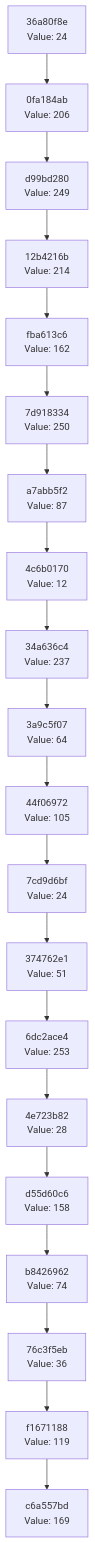
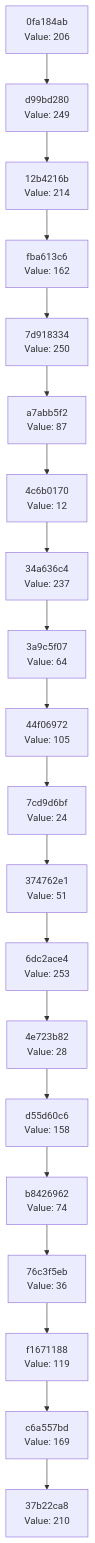
The diagram in docs/CHAIN_VISUALIZATION.md (Abhisheksinha1506/hash-chain-evolver), drawn with Mermaid before and after one commit. The commit also changed 3 other files, not shown here.

````diff
--- a/docs/CHAIN_VISUALIZATION.md
+++ b/docs/CHAIN_VISUALIZATION.md
@@ -3,42 +3,42 @@
 ```mermaid
 graph TD
-    C0["c6a557bd<br/>Value: 169"]
-    C1["f1671188<br/>Value: 119"]
+    C0["37b22ca8<br/>Value: 210"]
+    C1["c6a557bd<br/>Value: 169"]
     C1 --> C0
-    C2["76c3f5eb<br/>Value: 36"]
+    C2["f1671188<br/>Value: 119"]
     C2 --> C1
-    C3["b8426962<br/>Value: 74"]
+    C3["76c3f5eb<br/>Value: 36"]
     C3 --> C2
-    C4["d55d60c6<br/>Value: 158"]
+    C4["b8426962<br/>Value: 74"]
     C4 --> C3
-    C5["4e723b82<br/>Value: 28"]
+    C5["d55d60c6<br/>Value: 158"]
     C5 --> C4
-    C6["6dc2ace4<br/>Value: 253"]
+    C6["4e723b82<br/>Value: 28"]
     C6 --> C5
-    C7["374762e1<br/>Value: 51"]
+    C7["6dc2ace4<br/>Value: 253"]
     C7 --> C6
-    C8["7cd9d6bf<br/>Value: 24"]
+    C8["374762e1<br/>Value: 51"]
     C8 --> C7
-    C9["44f06972<br/>Value: 105"]
+    C9["7cd9d6bf<br/>Value: 24"]
     C9 --> C8
-    C10["3a9c5f07<br/>Value: 64"]
+    C10["44f06972<br/>Value: 105"]
     C10 --> C9
-    C11["34a636c4<br/>Value: 237"]
+    C11["3a9c5f07<br/>Value: 64"]
     C11 --> C10
-    C12["4c6b0170<br/>Value: 12"]
+    C12["34a636c4<br/>Value: 237"]
     C12 --> C11
-    C13["a7abb5f2<br/>Value: 87"]
+    C13["4c6b0170<br/>Value: 12"]
     C13 --> C12
-    C14["7d918334<br/>Value: 250"]
+    C14["a7abb5f2<br/>Value: 87"]
     C14 --> C13
-    C15["fba613c6<br/>Value: 162"]
+    C15["7d918334<br/>Value: 250"]
     C15 --> C14
-    C16["12b4216b<br/>Value: 214"]
+    C16["fba613c6<br/>Value: 162"]
     C16 --> C15
-    C17["d99bd280<br/>Value: 249"]
+    C17["12b4216b<br/>Value: 214"]
     C17 --> C16
-    C18["0fa184ab<br/>Value: 206"]
+    C18["d99bd280<br/>Value: 249"]
     C18 --> C17
-    C19["36a80f8e<br/>Value: 24"]
+    C19["0fa184ab<br/>Value: 206"]
     C19 --> C18
 ```
````
